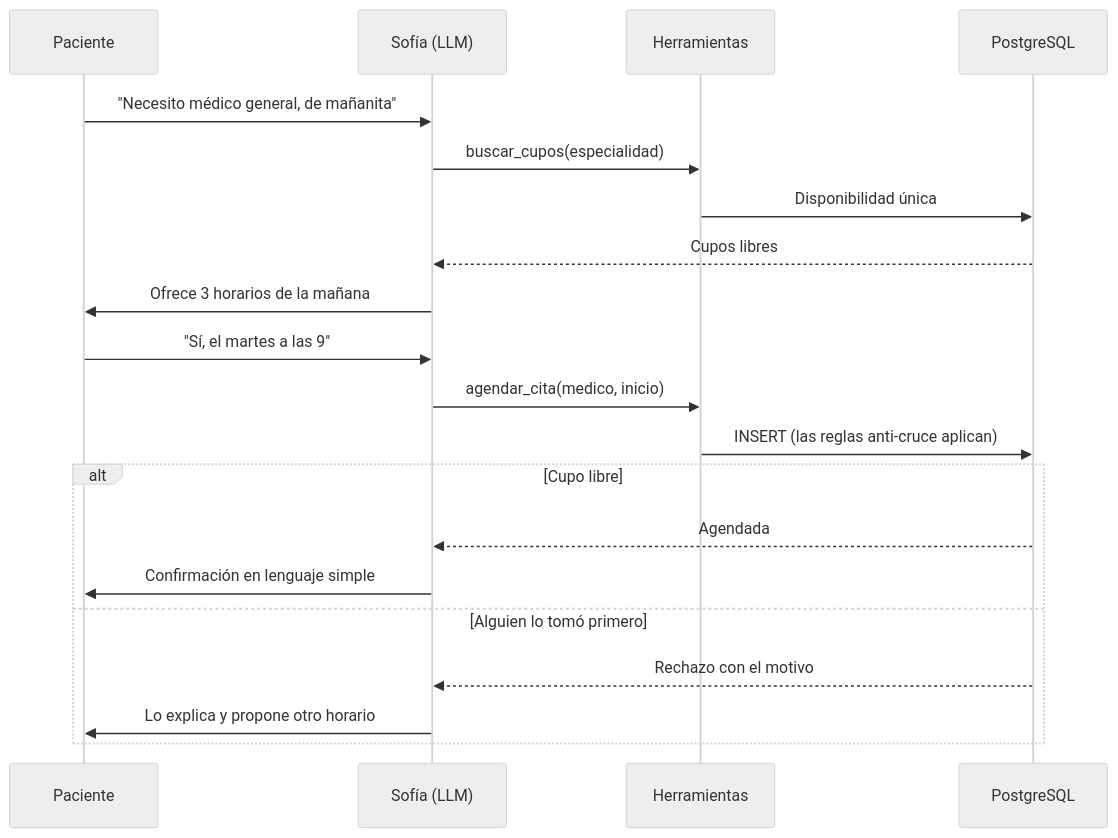
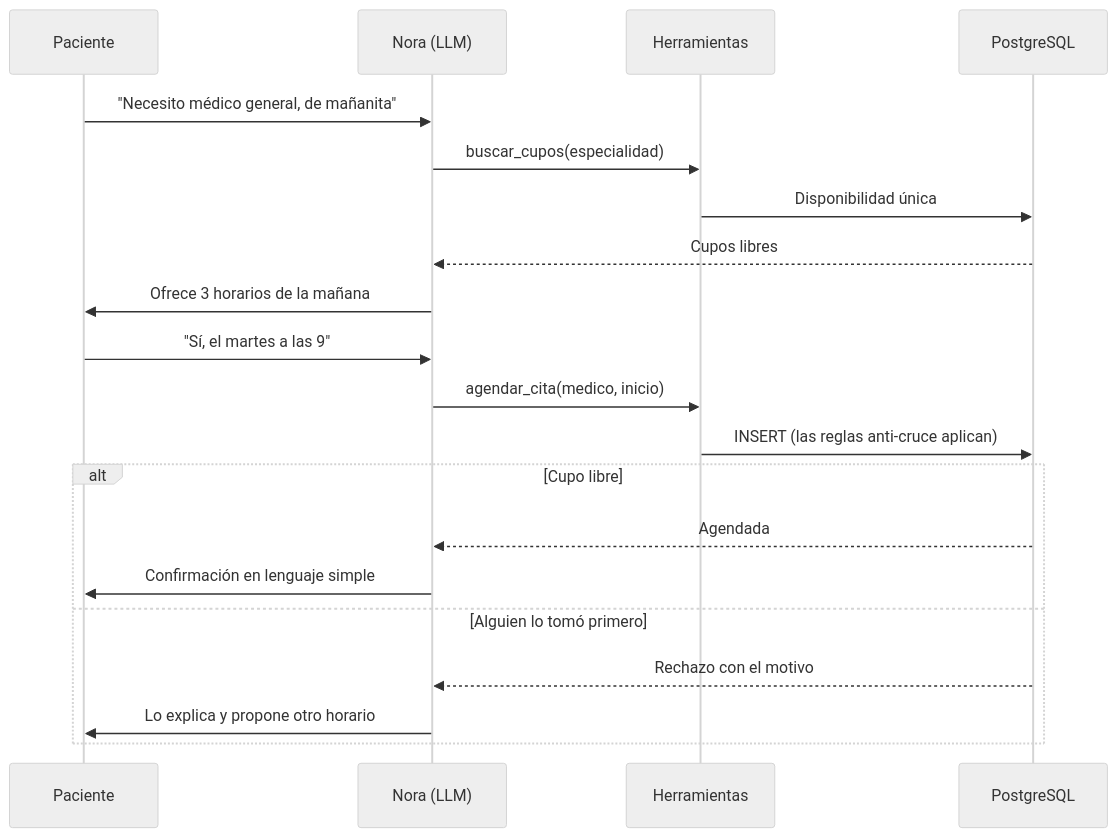
The third of 4 diagrams in README.md (lauramal/agendamiento-citas), drawn with Mermaid (neutral theme) before and after one commit. The commit also changed other lines of this file and 7 other files, not shown here.

````diff
--- a/README.md
+++ b/README.md
@@ -135,23 +135,23 @@
 ```mermaid
 sequenceDiagram
     participant P as Paciente
-    participant S as Sofía (LLM)
+    participant S as Nora (LLM)
     participant H as Herramientas
     participant DB as PostgreSQL
 
     P->>S: "Necesito médico general, de mañanita"
     S->>H: buscar_cupos(especialidad)
     H->>DB: Disponibilidad única
     DB-->>S: Cupos libres
     S->>P: Ofrece 3 horarios de la mañana
     P->>S: "Sí, el martes a las 9"
     S->>H: agendar_cita(medico, inicio)
     H->>DB: INSERT (las reglas anti-cruce aplican)
     alt Cupo libre
         DB-->>S: Agendada
         S->>P: Confirmación en lenguaje simple
     else Alguien lo tomó primero
         DB-->>S: Rechazo con el motivo
         S->>P: Lo explica y propone otro horario
     end
 ```
````
